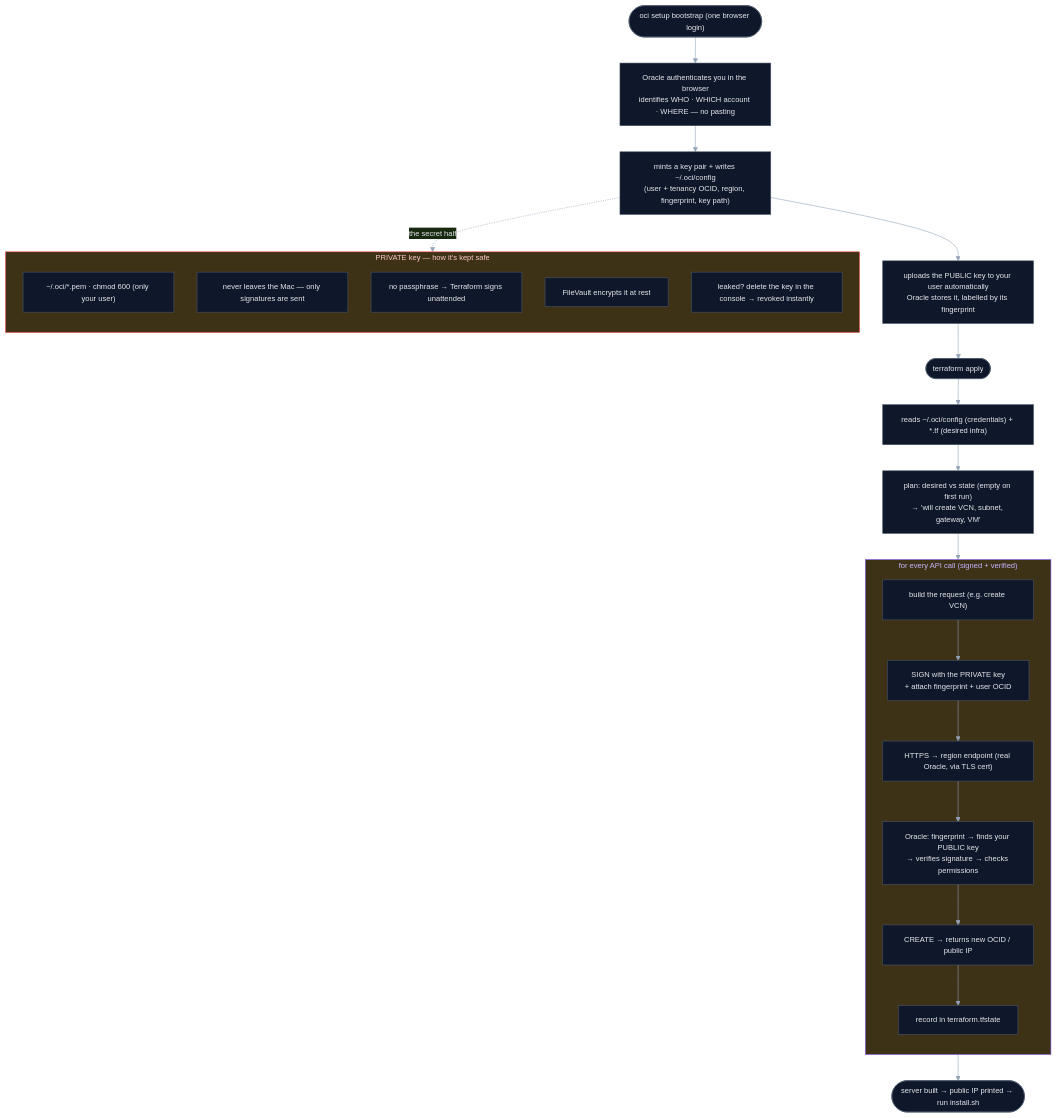
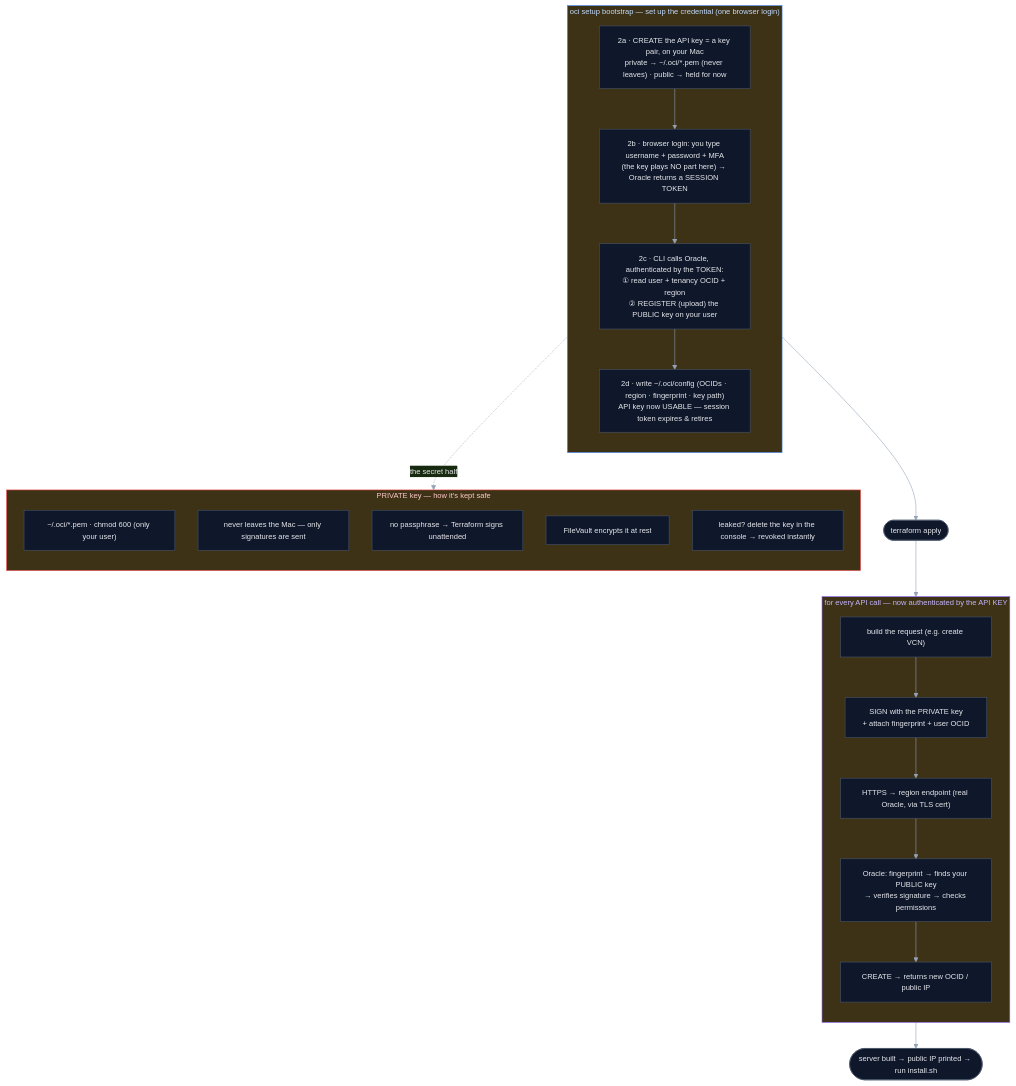
One commit to codereyinish/ColdVPN changed the diagram in server/provision/README.md. Above: the diagram before and after it, drawn with Mermaid. The commit also changed other lines of this file and 2 other files, not shown here.

First line of the commit message:
docs: clarify the bootstrap credential flow (session token → API key)

````diff
--- a/server/provision/README.md
+++ b/server/provision/README.md
@@ -62,35 +70,37 @@
 ```mermaid
 %%{init: {'theme':'base','themeVariables':{'primaryColor':'#0f172a','primaryTextColor':'#e5e7eb','primaryBorderColor':'#475569','lineColor':'#94a3b8','fontSize':'13px'},'flowchart':{'nodeSpacing':40,'rankSpacing':45}}}%%
 flowchart TB
-    A(["oci setup bootstrap (one browser login)"]) --> B["Oracle authenticates you in the browser<br/>identifies WHO · WHICH account · WHERE — no pasting"]
-    B --> C["mints a key pair + writes ~/.oci/config<br/>(user + tenancy OCID, region, fingerprint, key path)"]
-    C --> D["uploads the PUBLIC key to your user automatically<br/>Oracle stores it, labelled by its fingerprint"]
+    subgraph BOOT["oci setup bootstrap — set up the credential (one browser login)"]
+        direction TB
+        A["2a · CREATE the API key = a key pair, on your Mac<br/>private → ~/.oci/*.pem (never leaves) · public → held for now"]
+        A --> B["2b · browser login: you type username + password + MFA<br/>(the key plays NO part here) → Oracle returns a SESSION TOKEN"]
+        B --> C["2c · CLI calls Oracle, authenticated by the TOKEN:<br/>① read user + tenancy OCID + region<br/>② REGISTER (upload) the PUBLIC key on your user"]
+        C --> D["2d · write ~/.oci/config (OCIDs · region · fingerprint · key path)<br/>API key now USABLE — session token expires & retires"]
+    end
+
     D --> E(["terraform apply"])
-    E --> F["reads ~/.oci/config (credentials) + *.tf (desired infra)"]
-    F --> G["plan: desired vs state (empty on first run)<br/>→ 'will create VCN, subnet, gateway, VM'"]
-    G --> PERCALL
 
-    subgraph PERCALL["for every API call (signed + verified)"]
+    subgraph PERCALL["for every API call — now authenticated by the API KEY"]
         direction TB
         p1["build the request (e.g. create VCN)"] --> p2["SIGN with the PRIVATE key<br/>+ attach fingerprint + user OCID"]
         p2 --> p3["HTTPS → region endpoint (real Oracle, via TLS cert)"]
         p3 --> p4["Oracle: fingerprint → finds your PUBLIC key<br/>→ verifies signature → checks permissions"]
         p4 --> p5["CREATE → returns new OCID / public IP"]
-        p5 --> p6["record in terraform.tfstate"]
     end
-
+    E --> PERCALL
     PERCALL --> Z(["server built → public IP printed → run install.sh"])
 
-    C -.->|"the secret half"| SEC
+    A -.->|"the secret half"| SEC
     subgraph SEC["PRIVATE key — how it's kept safe"]
         direction TB
         s1["~/.oci/*.pem · chmod 600 (only your user)"]
         s2["never leaves the Mac — only signatures are sent"]
         s3["no passphrase → Terraform signs unattended"]
         s4["FileVault encrypts it at rest"]
         s5["leaked? delete the key in the console → revoked instantly"]
     end
 
+    style BOOT stroke:#3b82f6,color:#bfdbfe
     style PERCALL stroke:#8b5cf6,color:#c4b5fd
     style SEC stroke:#ef4444,color:#fecaca
 ```
````
